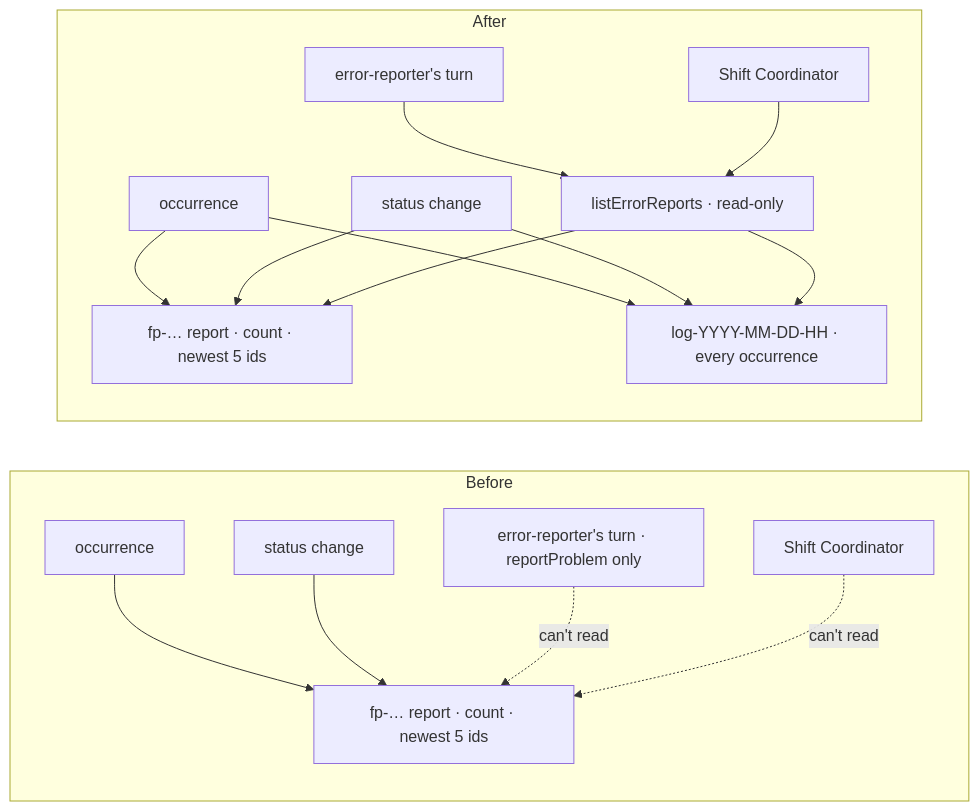
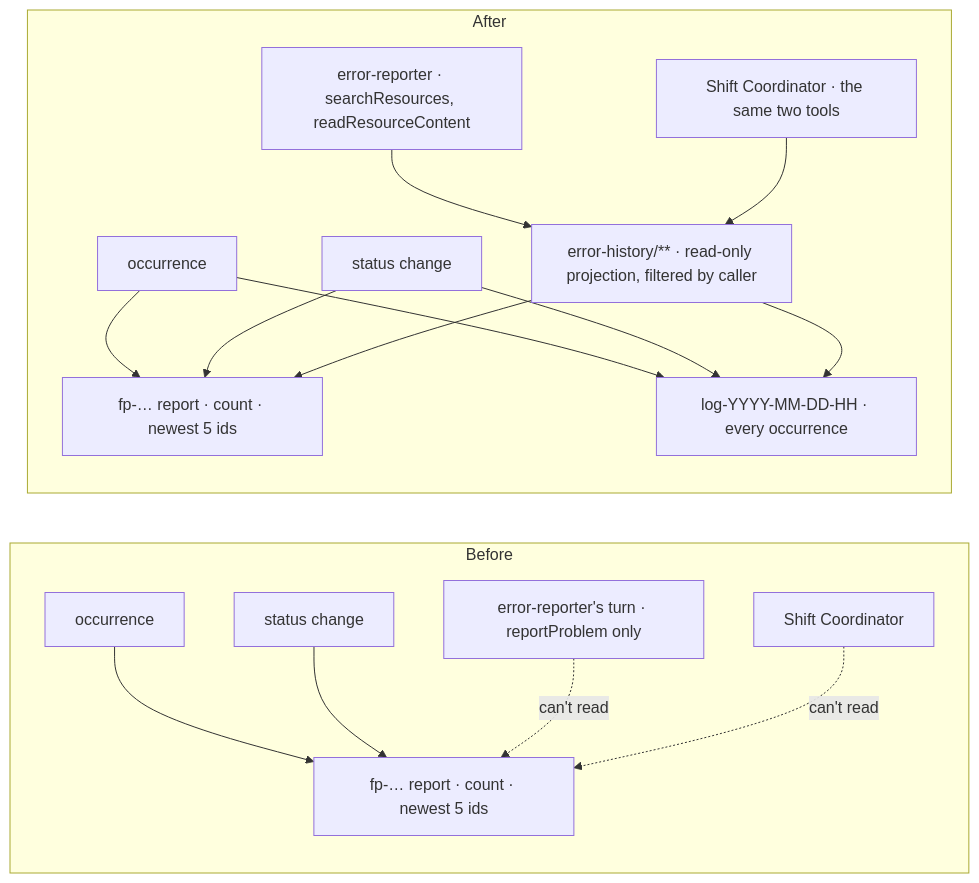
Before and after one commit to fixpoint-labs/flow-state-dev: the second of 3 diagrams in specs/issues/FIX-2793/SPEC.md, drawn with Mermaid. The commit also changed other lines of this file and 3 other files, not shown here.

First line of the commit message:
spec(FIX-2793): read the history with general resource tools over a projected view

````diff
--- a/specs/issues/FIX-2793/SPEC.md
+++ b/specs/issues/FIX-2793/SPEC.md
@@ -55,19 +56,19 @@
 ```mermaid
 flowchart LR
   subgraph Before
     O1["occurrence"] --> R1["fp-… report · count · newest 5 ids"]
     S1["status change"] --> R1
     ER1["error-reporter's turn · reportProblem only"] -.->|"can't read"| R1
     SC1["Shift Coordinator"] -.->|"can't read"| R1
   end
   subgraph After
     O2["occurrence"] --> R2["fp-… report · count · newest 5 ids"]
     O2 --> L2["log-YYYY-MM-DD-HH · every occurrence"]
     S2["status change"] --> R2
     S2 --> L2
-    T2["listErrorReports · read-only"] --> R2
-    T2 --> L2
-    ER2["error-reporter's turn"] --> T2
-    SC2["Shift Coordinator"] --> T2
+    P2["error-history/** · read-only projection, filtered by caller"] --> R2
+    P2 --> L2
+    ER2["error-reporter · searchResources, readResourceContent"] --> P2
+    SC2["Shift Coordinator · the same two tools"] --> P2
   end
 ```
````
